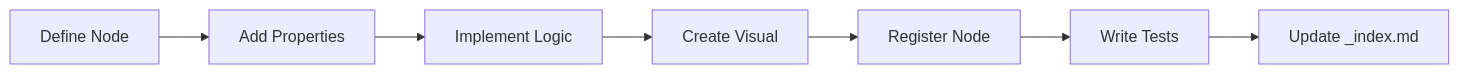
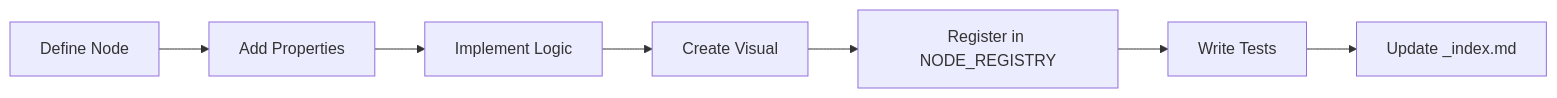
The diagram in docs/developer-guide/extending/index.md (omerlefaruk/CasareRPA), drawn with Mermaid before and after one commit. The commit also changed other lines of this file and 387 other files, not shown here.

````diff
--- a/docs/developer-guide/extending/index.md
+++ b/docs/developer-guide/extending/index.md
@@ -88,9 +88,9 @@
 ```mermaid
 graph LR
     A[Define Node] --> B[Add Properties]
     B --> C[Implement Logic]
     C --> D[Create Visual]
-    D --> E[Register Node]
+    D --> E[Register in NODE_REGISTRY]
     E --> F[Write Tests]
     F --> G[Update _index.md]
 ```
````
